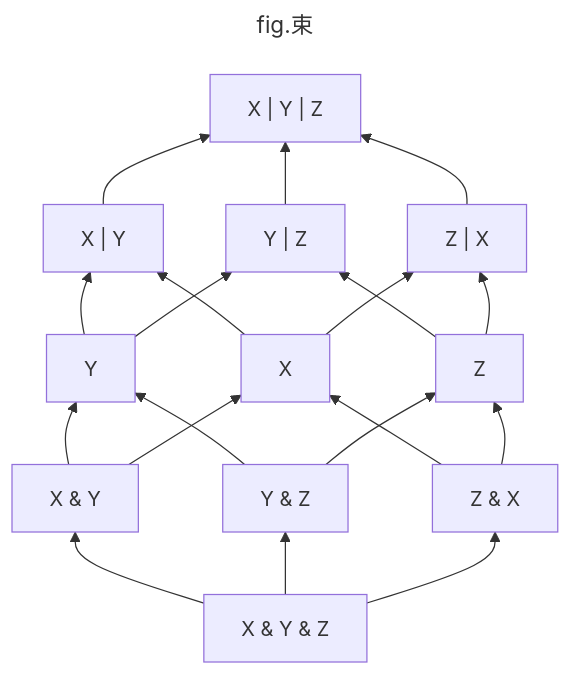
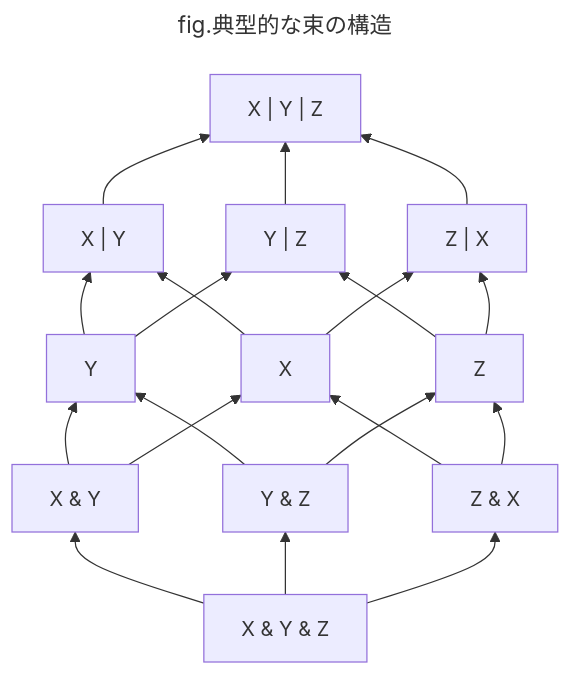
Diagram 19 of 29 in books/ts-algebraic-models/7-tam-lattice-theoretic-model.md (yo-goto/zenn-public-repo), drawn with Mermaid before and after one commit. The commit also changed other lines of this file, not shown here.

````diff
--- a/books/ts-algebraic-models/7-tam-lattice-theoretic-model.md
+++ b/books/ts-algebraic-models/7-tam-lattice-theoretic-model.md
@@ -70,31 +501,31 @@
 ```mermaid
 ---
-title: fig.束
+title: fig.典型的な束の構造
 ---
 graph BT
   xyz["X | Y | Z"]
   xy["X | Y"]
   yz["Y | Z"]
   zx["Z | X"]
   X["X"]
   Y["Y"]
   Z["Z"]
   XY["X & Y"]
   ZX["Z & X"]
   YZ["Y & Z"]
   B["X & Y & Z"]
   B --> XY & YZ & ZX
   YZ --> Y
   XY --> Y
   XY --> X
   ZX --> X
   ZX --> Z
   YZ --> Z
   X --> xy
   Y --> xy
   Y --> yz
   Z --> yz
   X --> zx
   Z --> zx
   xy & yz & zx --> xyz
 ```
````
